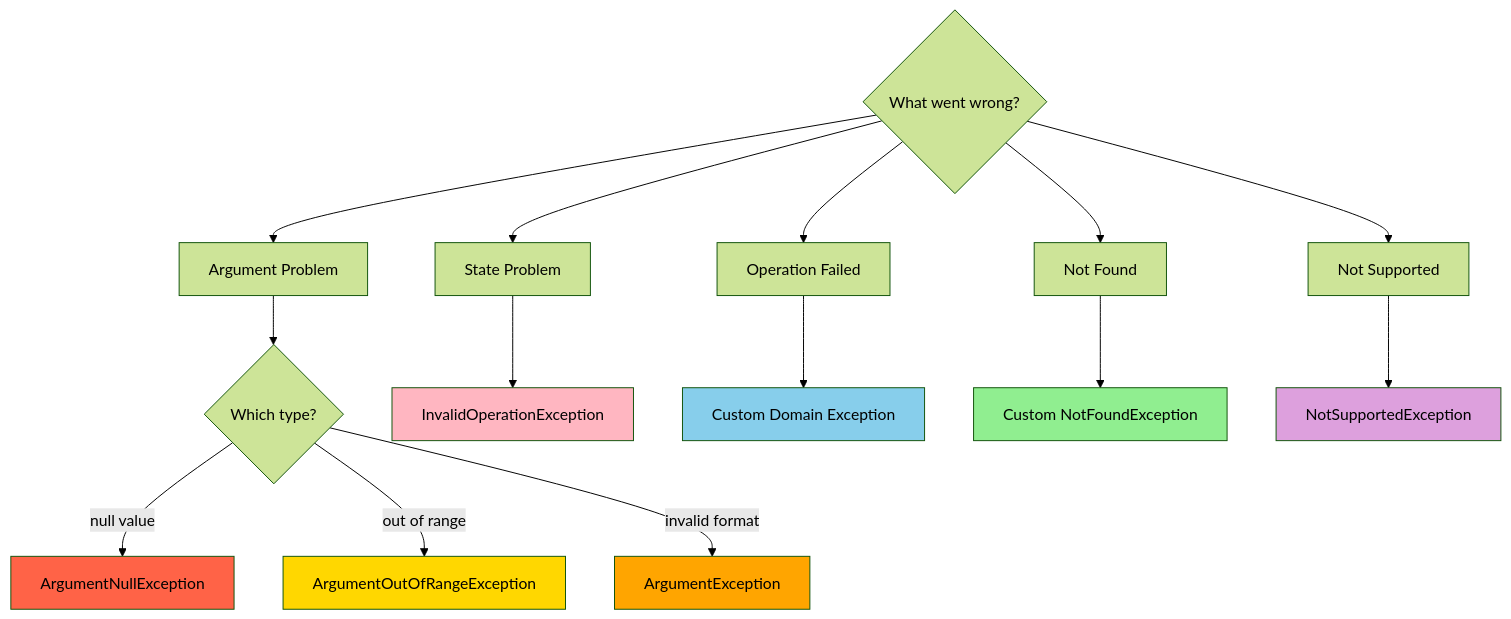
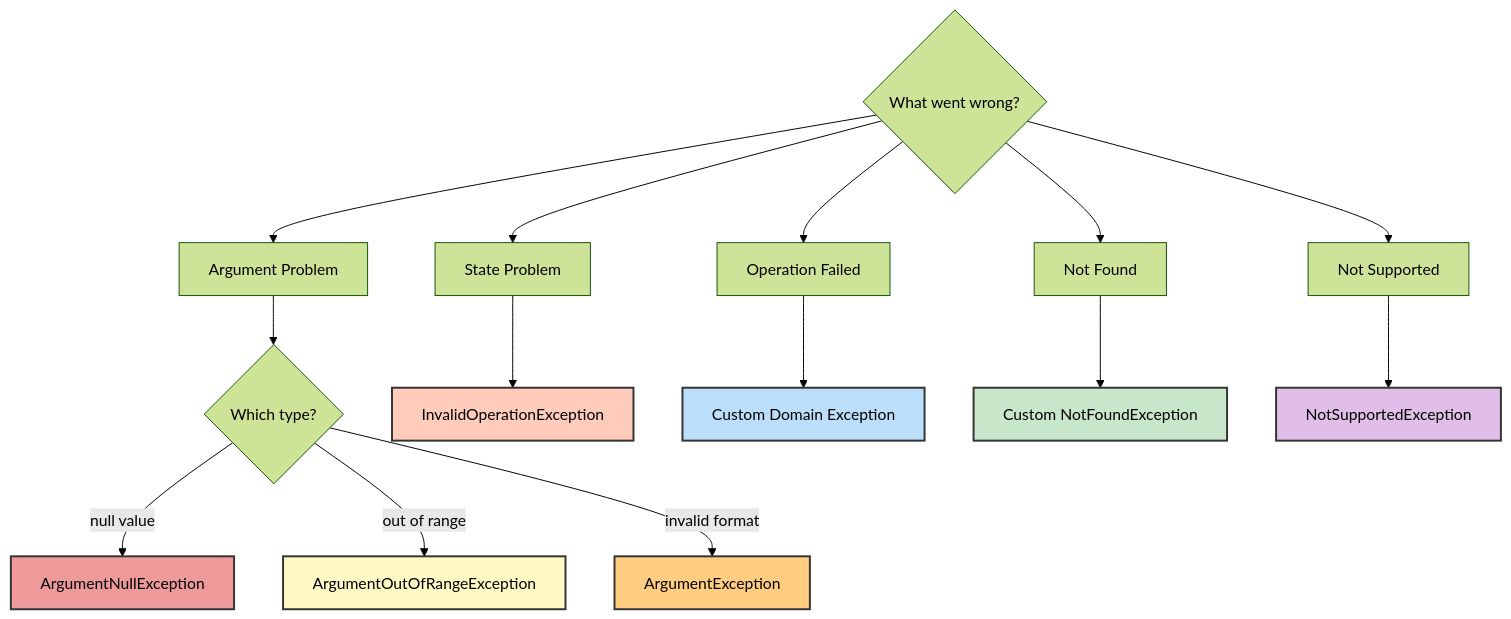
One commit to NguyenPhamCode4You/ai-home-lab-docker-compose changed the sixth of 11 diagrams in C# fundamentals/day06-exceptions.md. Above: the diagram before and after it, drawn with Mermaid (forest theme). The commit also changed other lines of this file and 10 other files, not shown here.

````diff
--- a/C# fundamentals/day06-exceptions.md
+++ b/C# fundamentals/day06-exceptions.md
@@ -624,26 +624,26 @@
 ```mermaid
 graph TD
     A{What went wrong?} --> B[Argument Problem]
     A --> C[State Problem]
     A --> D[Operation Failed]
     A --> E[Not Found]
     A --> F[Not Supported]
 
     B --> B1{Which type?}
     B1 -->|null value| B2[ArgumentNullException]
     B1 -->|out of range| B3[ArgumentOutOfRangeException]
     B1 -->|invalid format| B4[ArgumentException]
 
     C --> C1[InvalidOperationException]
     D --> D1[Custom Domain Exception]
     E --> E1[Custom NotFoundException]
     F --> F1[NotSupportedException]
 
-    style B2 fill:#FF6347
-    style B3 fill:#FFD700
-    style B4 fill:#FFA500
-    style C1 fill:#FFB6C1
-    style D1 fill:#87CEEB
-    style E1 fill:#90EE90
-    style F1 fill:#DDA0DD
+    style B2 fill:#ef9a9a,stroke:#333,stroke-width:2px
+    style B3 fill:#fff9c4,stroke:#333,stroke-width:2px
+    style B4 fill:#ffcc80,stroke:#333,stroke-width:2px
+    style C1 fill:#ffccbc,stroke:#333,stroke-width:2px
+    style D1 fill:#bbdefb,stroke:#333,stroke-width:2px
+    style E1 fill:#c8e6c9,stroke:#333,stroke-width:2px
+    style F1 fill:#e1bee7,stroke:#333,stroke-width:2px
 ```
````
